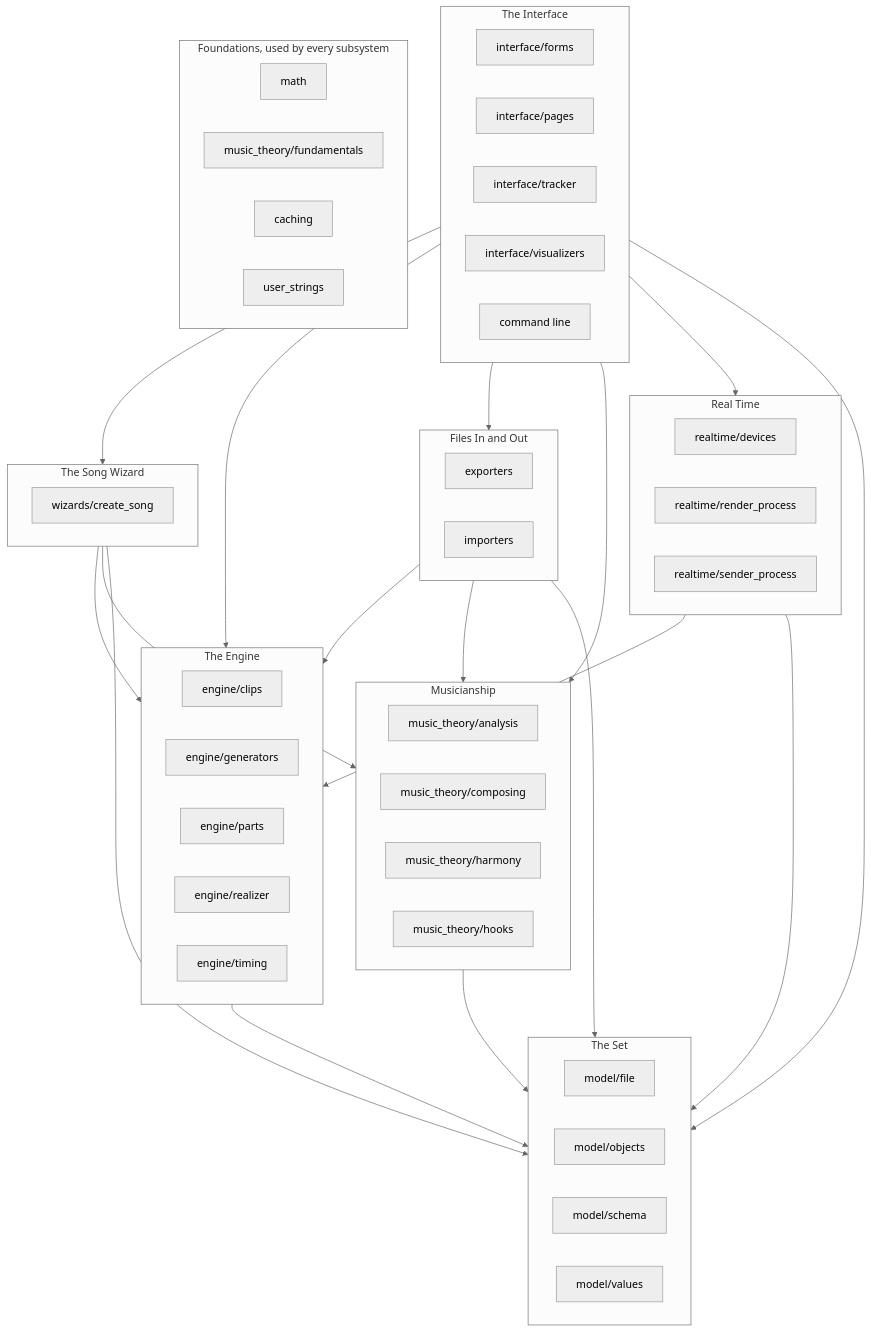
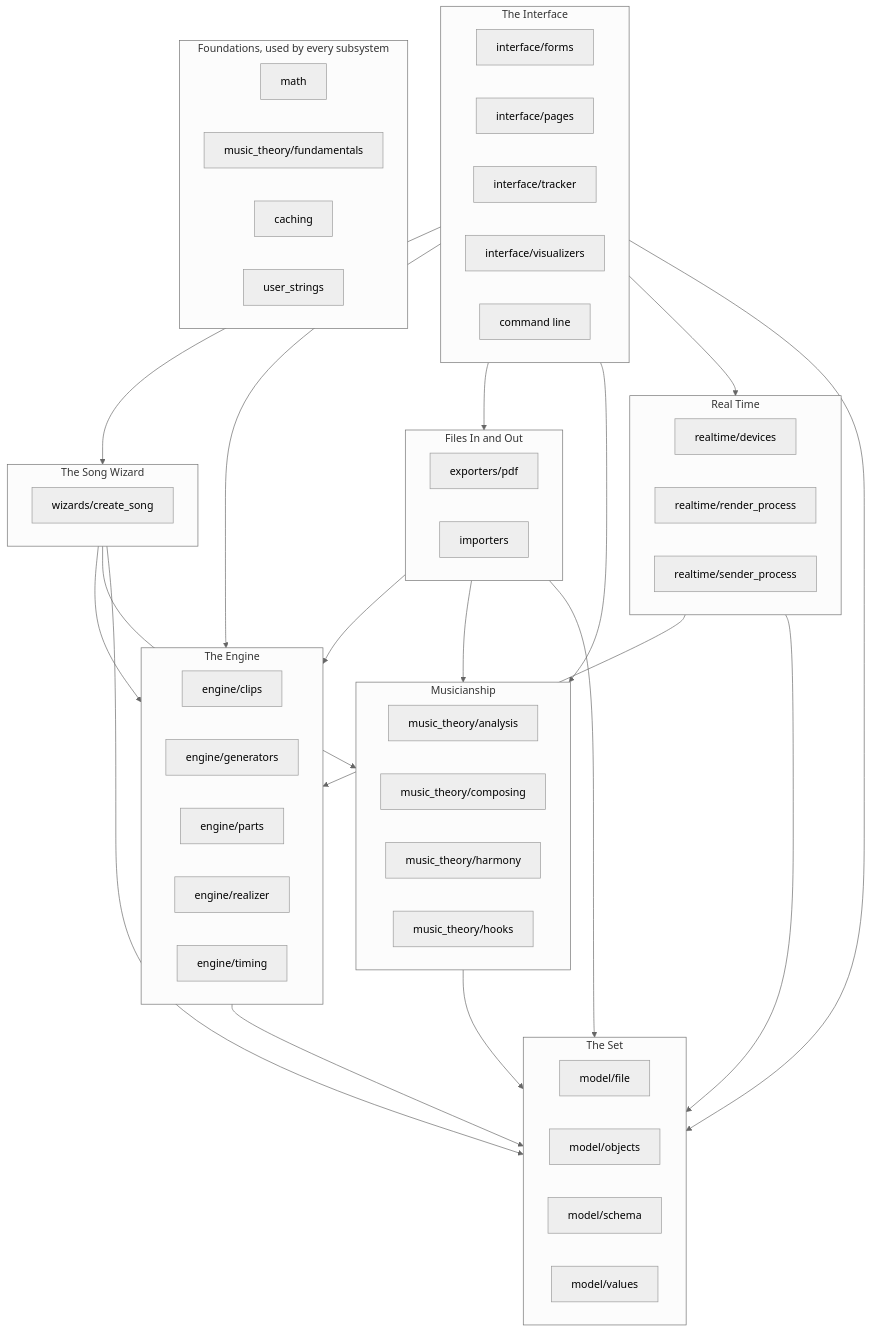
The second of 2 diagrams in docs/ARCHITECTURE.md (mpdehaan/llamatron), drawn with Mermaid (neutral theme) before and after one commit. The commit also changed other lines of this file and 6 other files, not shown here.

````diff
--- a/docs/ARCHITECTURE.md
+++ b/docs/ARCHITECTURE.md
@@ -96,63 +96,63 @@
 ```mermaid
 flowchart TD
     subgraph set ["The Set"]
     model_file["model/file"]
     model_objects["model/objects"]
     model_schema["model/schema"]
     model_values["model/values"]
     end
     subgraph musicianship ["Musicianship"]
     music_theory_analysis["music_theory/analysis"]
     music_theory_composing["music_theory/composing"]
     music_theory_harmony["music_theory/harmony"]
     music_theory_hooks["music_theory/hooks"]
     end
     subgraph engine ["The Engine"]
     engine_clips["engine/clips"]
     engine_generators["engine/generators"]
     engine_parts["engine/parts"]
     engine_realizer["engine/realizer"]
     engine_timing["engine/timing"]
     end
     subgraph files ["Files In and Out"]
-    exporters_exporters["exporters"]
+    exporters_pdf["exporters/pdf"]
     importers_importers["importers"]
     end
     subgraph realtime ["Real Time"]
     realtime_devices["realtime/devices"]
     realtime_render_process["realtime/render_process"]
     realtime_sender_process["realtime/sender_process"]
     end
     subgraph composer ["The Song Wizard"]
     wizards_create_song["wizards/create_song"]
     end
     subgraph interface ["The Interface"]
     interface_forms["interface/forms"]
     interface_pages["interface/pages"]
     interface_tracker["interface/tracker"]
     interface_visualizers["interface/visualizers"]
     llamatron_llamatron["command line"]
     end
     subgraph foundations ["Foundations, used by every subsystem"]
     math_math["math"]
     music_theory_fundamentals["music_theory/fundamentals"]
     caching_caching["caching"]
     user_strings_user_strings["user_strings"]
     end
     composer --> engine
     composer --> musicianship
     composer --> set
     engine --> set
     files --> engine
     files --> musicianship
     files --> set
     interface --> composer
     interface --> engine
     interface --> files
     interface --> musicianship
     interface --> realtime
     interface --> set
     musicianship --> set
     realtime --> engine
     realtime --> set
 ```
````
